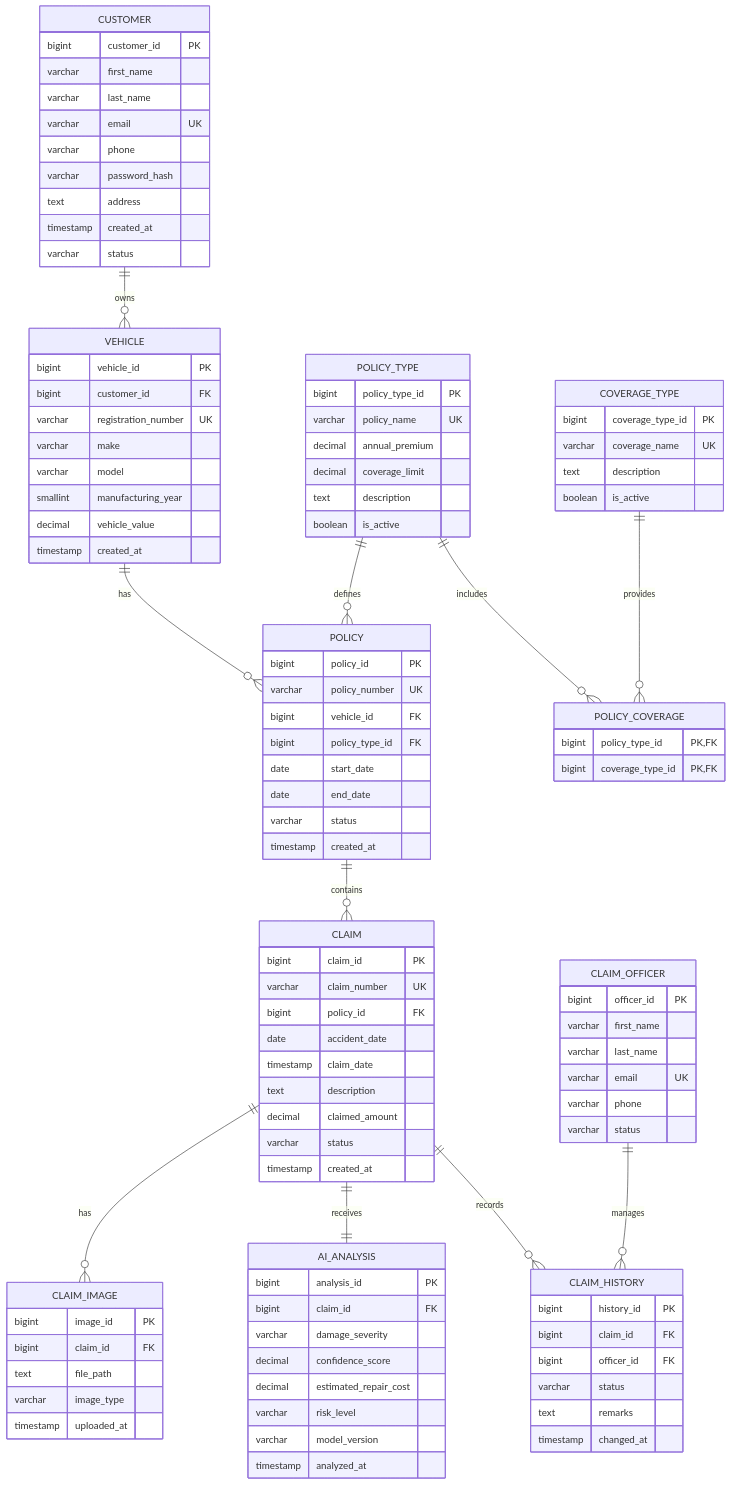
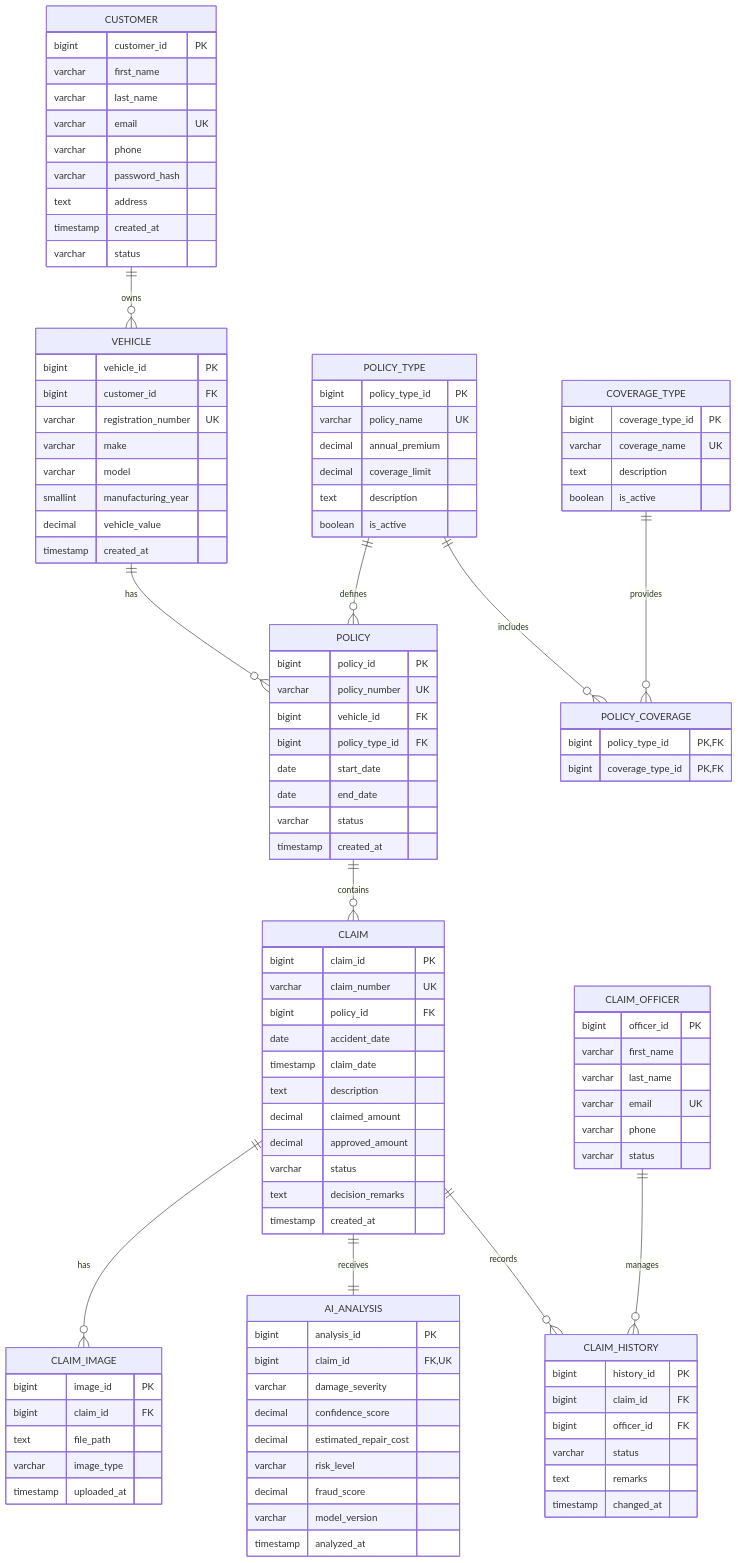
The diagram in Database/Schema/ER-Diagram.md (PTjimmy/AI-Car-Insurance-System), drawn with Mermaid before and after one commit.

Commit message:
Update ER diagram with new fields and constraints

```diff
--- a/Database/Schema/ER-Diagram.md
+++ b/Database/Schema/ER-Diagram.md
@@ -31,6 +31,7 @@
         varchar status
     }
 
+
     VEHICLE {
         bigint vehicle_id PK
         bigint customer_id FK
@@ -42,6 +43,7 @@
         timestamp created_at
     }
 
+
     POLICY_TYPE {
         bigint policy_type_id PK
         varchar policy_name UK
@@ -51,6 +53,7 @@
         boolean is_active
     }
 
+
     COVERAGE_TYPE {
         bigint coverage_type_id PK
         varchar coverage_name UK
@@ -58,10 +61,12 @@
         boolean is_active
     }
 
+
     POLICY_COVERAGE {
         bigint policy_type_id PK, FK
         bigint coverage_type_id PK, FK
     }
+
 
     POLICY {
         bigint policy_id PK
@@ -74,6 +79,7 @@
         timestamp created_at
     }
 
+
     CLAIM {
         bigint claim_id PK
         varchar claim_number UK
@@ -82,9 +88,12 @@
         timestamp claim_date
         text description
         decimal claimed_amount
+        decimal approved_amount
         varchar status
+        text decision_remarks
         timestamp created_at
     }
+
 
     CLAIM_IMAGE {
         bigint image_id PK
@@ -94,16 +103,19 @@
         timestamp uploaded_at
     }
 
+
     AI_ANALYSIS {
         bigint analysis_id PK
-        bigint claim_id FK
+        bigint claim_id FK, UK
         varchar damage_severity
         decimal confidence_score
         decimal estimated_repair_cost
         varchar risk_level
+        decimal fraud_score
         varchar model_version
         timestamp analyzed_at
     }
+
 
     CLAIM_HISTORY {
         bigint history_id PK
@@ -114,6 +126,7 @@
         timestamp changed_at
     }
 
+
     CLAIM_OFFICER {
         bigint officer_id PK
         varchar first_name
```
